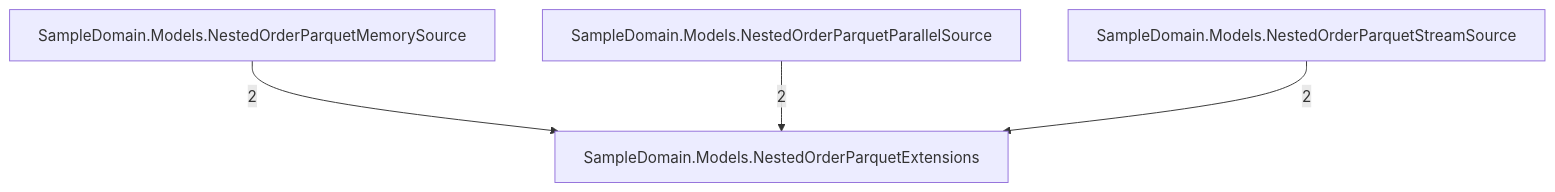
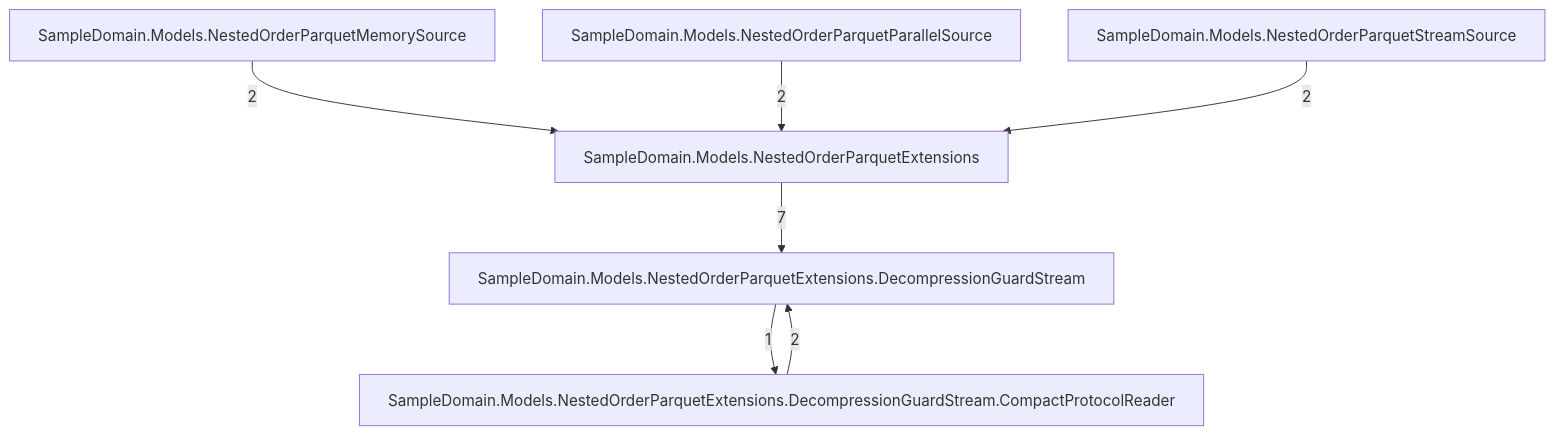
One commit to rtkelly13/Parquet.SourceGenerator changed the third of 7 diagrams in docs/callgraph-generated.md. Above: the diagram before and after it, drawn with Mermaid. The commit also changed other lines of this file and 11 other files, not shown here.

Commit message:
fix(safety): preserve structural gates for decompression guard

````diff
--- a/docs/callgraph-generated.md
+++ b/docs/callgraph-generated.md
@@ -32,10 +42,15 @@
 ```mermaid
 graph TD
     tsampledomainmodelsnestedorderparquetextensions_048["SampleDomain.Models.NestedOrderParquetExtensions"]
+    tsampledomainmodelsnestedorderparquetextensionsdecompressionguardstream_073["SampleDomain.Models.NestedOrderParquetExtensions.DecompressionGuardStream"]
+    tsampledomainmodelsnestedorderparquetextensionsdecompressionguardstreamcompactprotocolreader_095["SampleDomain.Models.NestedOrderParquetExtensions.DecompressionGuardStream.CompactProtocolReader"]
     tsampledomainmodelsnestedorderparquetmemorysource_050["SampleDomain.Models.NestedOrderParquetMemorySource"]
     tsampledomainmodelsnestedorderparquetparallelsource_052["SampleDomain.Models.NestedOrderParquetParallelSource"]
     tsampledomainmodelsnestedorderparquetstreamsource_050["SampleDomain.Models.NestedOrderParquetStreamSource"]
+    tsampledomainmodelsnestedorderparquetextensionsdecompressionguardstreamcompactprotocolreader_095 -->|2| tsampledomainmodelsnestedorderparquetextensionsdecompressionguardstream_073
+    tsampledomainmodelsnestedorderparquetextensionsdecompressionguardstream_073 -->|1| tsampledomainmodelsnestedorderparquetextensionsdecompressionguardstreamcompactprotocolreader_095
+    tsampledomainmodelsnestedorderparquetextensions_048 -->|7| tsampledomainmodelsnestedorderparquetextensionsdecompressionguardstream_073
     tsampledomainmodelsnestedorderparquetmemorysource_050 -->|2| tsampledomainmodelsnestedorderparquetextensions_048
     tsampledomainmodelsnestedorderparquetparallelsource_052 -->|2| tsampledomainmodelsnestedorderparquetextensions_048
     tsampledomainmodelsnestedorderparquetstreamsource_050 -->|2| tsampledomainmodelsnestedorderparquetextensions_048
 ```
````
